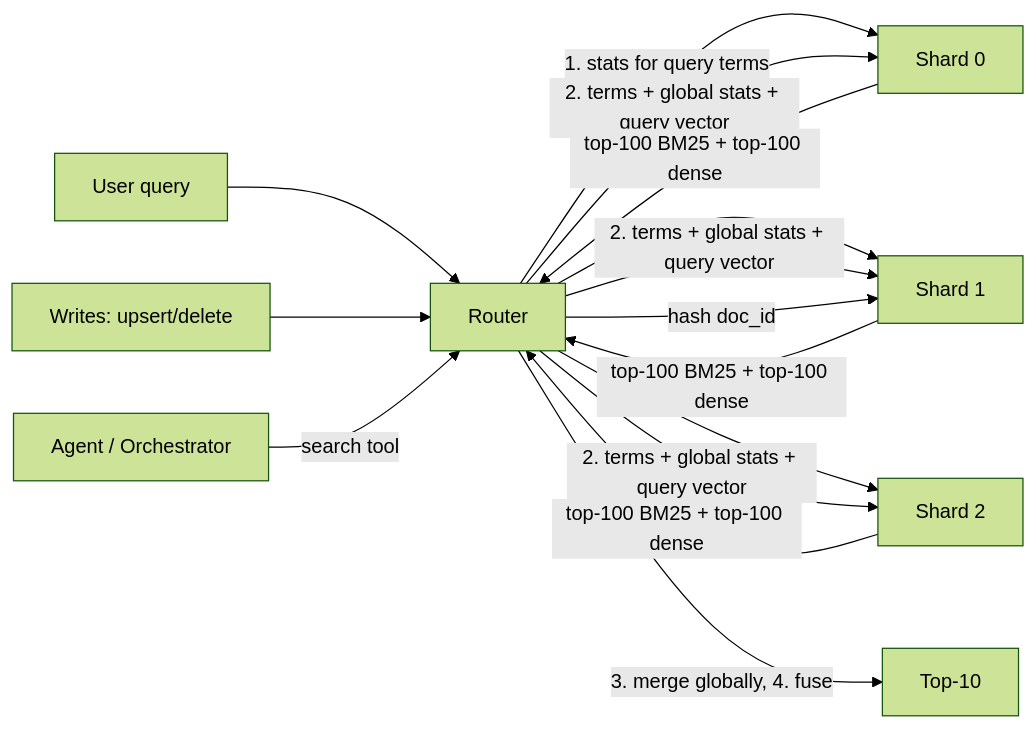
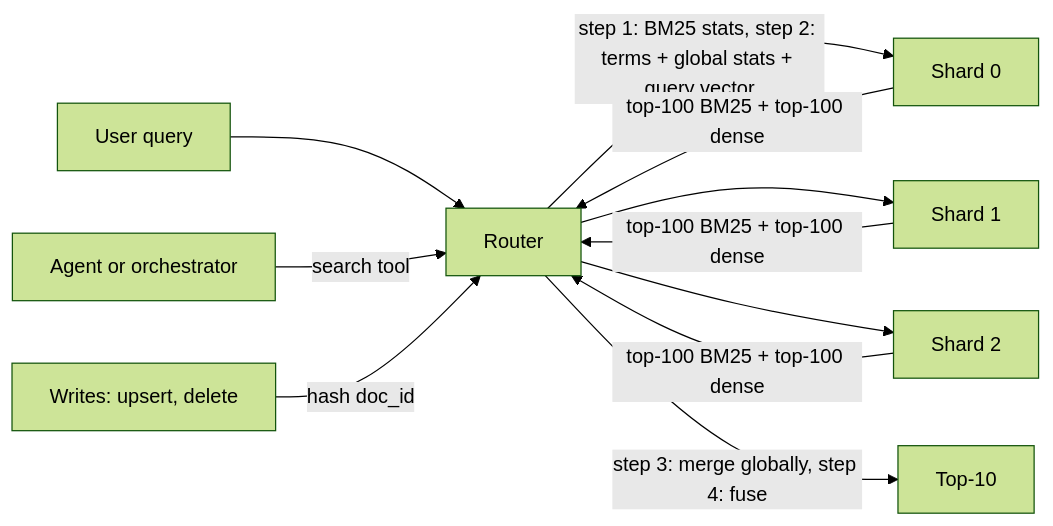
One commit to node31/fiqa-agentic-retrieval changed the diagram in docs/00_rag_primer.md. Above: the diagram before and after it, drawn with Mermaid (forest theme). The commit also changed other lines of this file and 38 other files, not shown here.

````diff
--- a/docs/00_rag_primer.md
+++ b/docs/00_rag_primer.md
@@ -23,12 +17,11 @@
 ```mermaid
 flowchart LR
-  U[User query] --> R[Router]
-  R -->|1. stats for query terms| S0[Shard 0]
-  R --> S1[Shard 1]
-  R --> S2[Shard 2]
-  R -->|2. terms + global stats + query vector| S0 & S1 & S2
-  S0 & S1 & S2 -->|top-100 BM25 + top-100 dense| R
-  R -->|3. merge globally, 4. fuse| T[Top-10]
-  W[Writes: upsert/delete] --> R -->|hash doc_id| S1
-  A[Agent / Orchestrator] -->|search tool| R
+  U["User query"] --> R["Router"]
+  A["Agent or orchestrator"] -->|"search tool"| R
+  W["Writes: upsert, delete"] -->|"hash doc_id"| R
+  R -->|"step 1: BM25 stats, step 2: terms + global stats + query vector"| S0["Shard 0"]
+  R --> S1["Shard 1"]
+  R --> S2["Shard 2"]
+  S0 & S1 & S2 -->|"top-100 BM25 + top-100 dense"| R
+  R -->|"step 3: merge globally, step 4: fuse"| T["Top-10"]
 ```
````
